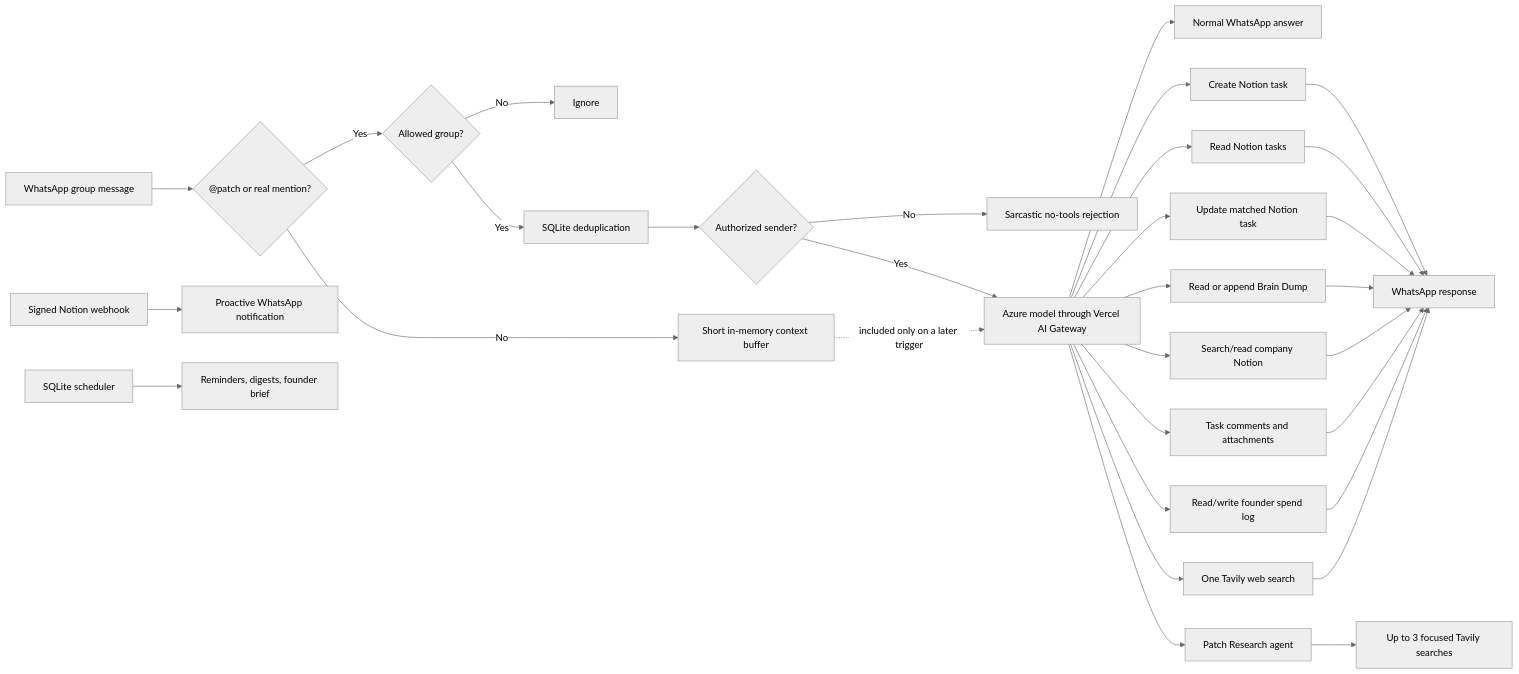
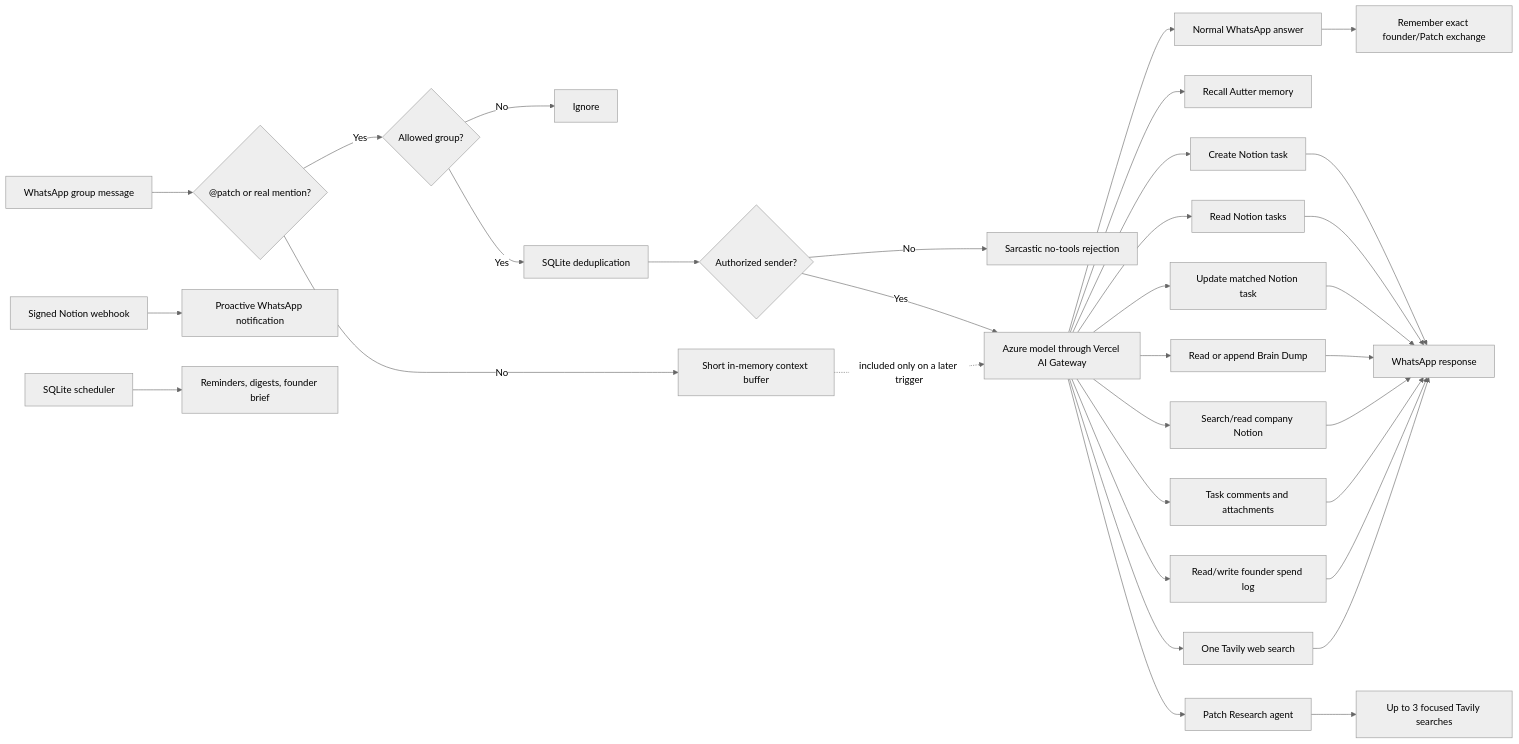
The diagram in README.md (sagnik11/dia-whatsapp-bot), drawn with Mermaid (neutral theme) before and after one commit. The commit also changed other lines of this file and 14 other files, not shown here.

````diff
--- a/README.md
+++ b/README.md
@@ -77,33 +78,35 @@
 ```mermaid
 flowchart LR
     W["WhatsApp group message"] --> T{"@patch or real mention?"}
     T -- No --> C["Short in-memory context buffer"]
     T -- Yes --> G{"Allowed group?"}
     G -- No --> X["Ignore"]
     G -- Yes --> D["SQLite deduplication"]
     D --> U{"Authorized sender?"}
     U -- No --> R["Sarcastic no-tools rejection"]
     U -- Yes --> A["Azure model through Vercel AI Gateway"]
     C -.->|included only on a later trigger| A
     A --> Q["Normal WhatsApp answer"]
+    A --> MR["Recall Autter memory"]
+    Q --> MW["Remember exact founder/Patch exchange"]
     A --> N1["Create Notion task"]
     A --> N2["Read Notion tasks"]
     A --> N5["Update matched Notion task"]
     A --> N3["Read or append Brain Dump"]
     A --> N4["Search/read company Notion"]
     A --> N6["Task comments and attachments"]
     A --> N7["Read/write founder spend log"]
     A --> S["One Tavily web search"]
     A --> RA["Patch Research agent"]
     RA --> MS["Up to 3 focused Tavily searches"]
     NW["Signed Notion webhook"] --> PN["Proactive WhatsApp notification"]
     SC["SQLite scheduler"] --> FB["Reminders, digests, founder brief"]
     N1 --> O["WhatsApp response"]
     N2 --> O
     N5 --> O
     N3 --> O
     N4 --> O
     N6 --> O
     N7 --> O
     S --> O
 ```
````
